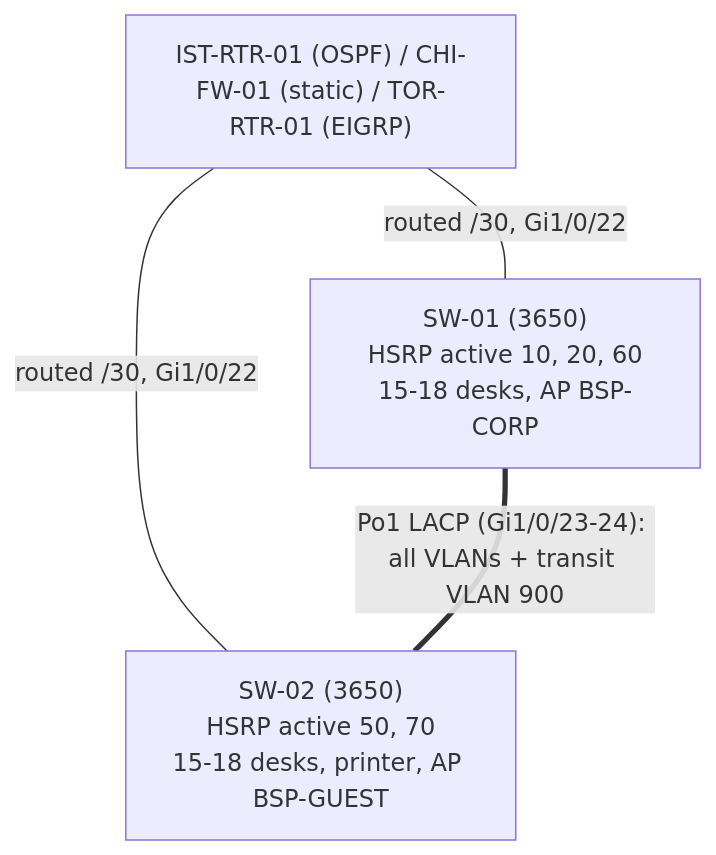
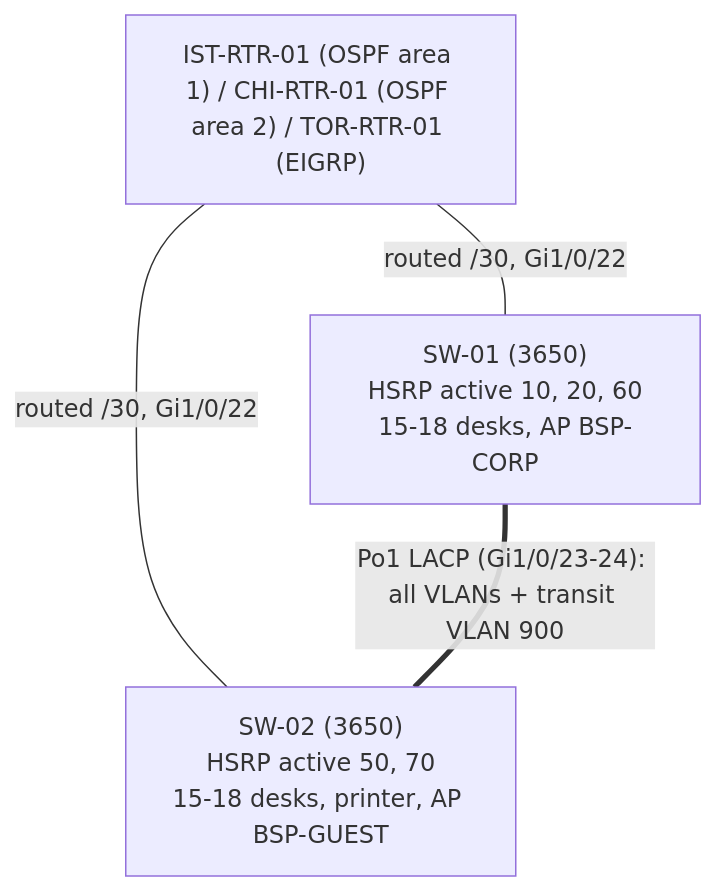
One commit to atahan99/bosphorus-enterprise-net changed the third of 7 diagrams in diagrams/README.md. Above: the diagram before and after it, drawn with Mermaid. The commit also changed other lines of this file and 48 other files, not shown here.

````diff
--- a/diagrams/README.md
+++ b/diagrams/README.md
@@ -58,9 +58,9 @@
 ```mermaid
 flowchart TB
-  UP["IST-RTR-01 (OSPF) / CHI-FW-01 (static) / TOR-RTR-01 (EIGRP)"]
+  UP["IST-RTR-01 (OSPF area 1) / CHI-RTR-01 (OSPF area 2) / TOR-RTR-01 (EIGRP)"]
   S1["SW-01 (3650)<br/>HSRP active 10, 20, 60<br/>15-18 desks, AP BSP-CORP"]
   S2["SW-02 (3650)<br/>HSRP active 50, 70<br/>15-18 desks, printer, AP BSP-GUEST"]
   UP -- "routed /30, Gi1/0/22" --- S1
   UP -- "routed /30, Gi1/0/22" --- S2
   S1 == "Po1 LACP (Gi1/0/23-24): all VLANs + transit VLAN 900" === S2
 ```
````
